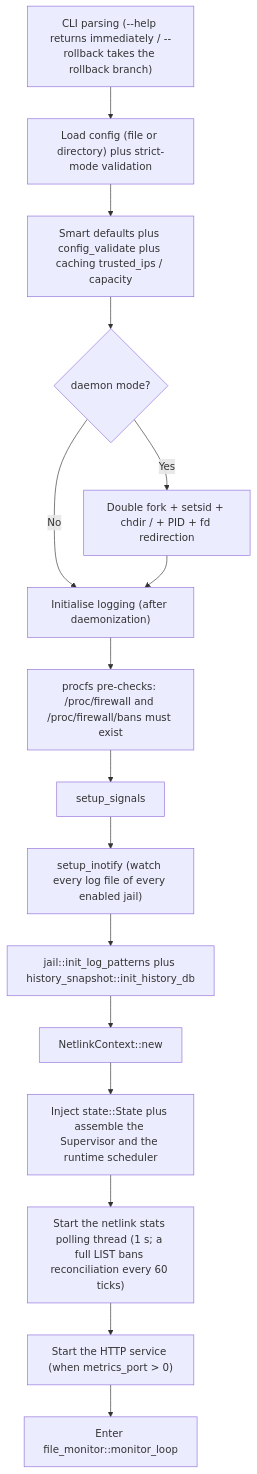
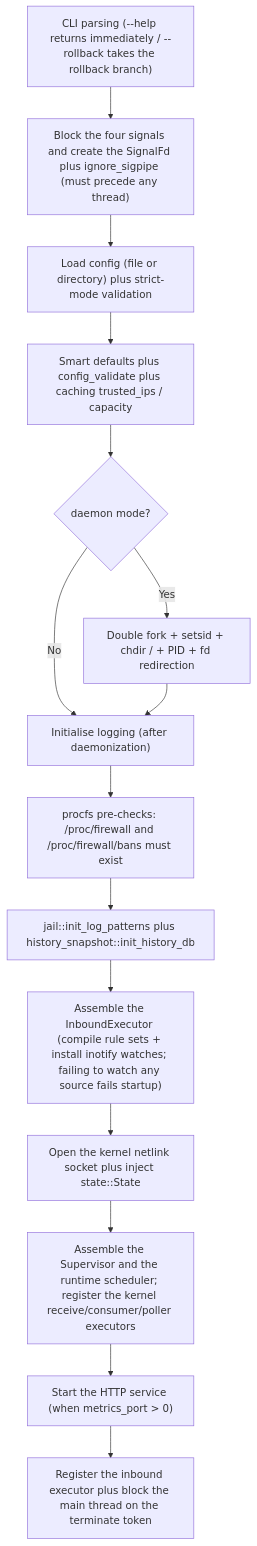
The diagram in docs/en/architecture/daemon.md (SnowCore8/linux-firewall-kmod), drawn with Mermaid before and after one commit. The commit also changed other lines of this file and 33 other files, not shown here.

````diff
--- a/docs/en/architecture/daemon.md
+++ b/docs/en/architecture/daemon.md
@@ -166,18 +180,17 @@
 ```mermaid
 graph TB
-    A["CLI parsing (--help returns immediately / --rollback takes the rollback branch)"] --> B["Load config (file or directory) plus strict-mode validation"]
-    B --> C["Smart defaults plus config_validate plus caching trusted_ips / capacity"]
-    C --> D{"daemon mode?"}
-    D -->|Yes| E["Double fork + setsid + chdir / + PID + fd redirection"]
-    D -->|No| F["Initialise logging (after daemonization)"]
-    E --> F
-    F --> G["procfs pre-checks: /proc/firewall and /proc/firewall/bans must exist"]
-    G --> H["setup_signals"]
-    H --> I["setup_inotify (watch every log file of every enabled jail)"]
-    I --> J["jail::init_log_patterns plus history_snapshot::init_history_db"]
-    J --> K["NetlinkContext::new"]
-    K --> L["Inject state::State plus assemble the Supervisor and the runtime scheduler"]
-    L --> M["Start the netlink stats polling thread (1 s; a full LIST bans reconciliation every 60 ticks)"]
-    M --> N["Start the HTTP service (when metrics_port > 0)"]
-    N --> O["Enter file_monitor::monitor_loop"]
+    A["CLI parsing (--help returns immediately / --rollback takes the rollback branch)"] --> B["Block the four signals and create the SignalFd plus ignore_sigpipe (must precede any thread)"]
+    B --> C["Load config (file or directory) plus strict-mode validation"]
+    C --> D["Smart defaults plus config_validate plus caching trusted_ips / capacity"]
+    D --> E{"daemon mode?"}
+    E -->|Yes| F["Double fork + setsid + chdir / + PID + fd redirection"]
+    E -->|No| G["Initialise logging (after daemonization)"]
+    F --> G
+    G --> H["procfs pre-checks: /proc/firewall and /proc/firewall/bans must exist"]
+    H --> I["jail::init_log_patterns plus history_snapshot::init_history_db"]
+    I --> J["Assemble the InboundExecutor (compile rule sets + install inotify watches; failing to watch any source fails startup)"]
+    J --> K["Open the kernel netlink socket plus inject state::State"]
+    K --> L["Assemble the Supervisor and the runtime scheduler; register the kernel receive/consumer/poller executors"]
+    L --> M["Start the HTTP service (when metrics_port > 0)"]
+    M --> N["Register the inbound executor plus block the main thread on the terminate token"]
 ```
````
